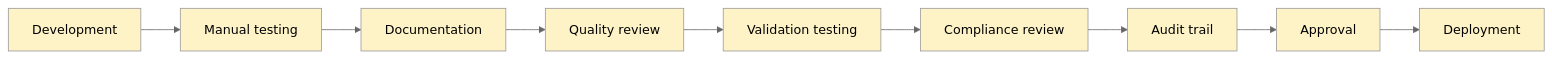
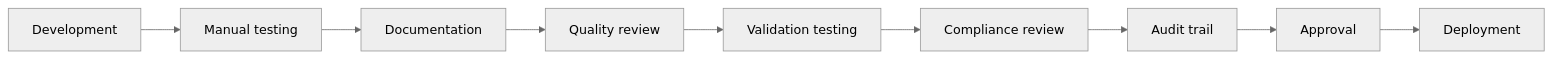
One commit to ready-to-release/eac changed the first of 2 diagrams in docs/explanation/everything-as-code/compliance-velocity-paradox.md. Above: the diagram before and after it, drawn with Mermaid (neutral theme). The commit also changed other lines of this file and 28 other files, not shown here.

````diff
--- a/docs/explanation/everything-as-code/compliance-velocity-paradox.md
+++ b/docs/explanation/everything-as-code/compliance-velocity-paradox.md
@@ -78,16 +78,7 @@
 ```mermaid
 flowchart LR
     A[Development] --> B[Manual testing] --> C[Documentation]
     C --> D[Quality review] --> E[Validation testing]
     E --> F[Compliance review] --> G[Audit trail]
     G --> H[Approval] --> I[Deployment]
-    style A fill:#fef3c7
-    style B fill:#fef3c7
-    style C fill:#fef3c7
-    style D fill:#fef3c7
-    style E fill:#fef3c7
-    style F fill:#fef3c7
-    style G fill:#fef3c7
-    style H fill:#fef3c7
-    style I fill:#fef3c7
 ```
````
